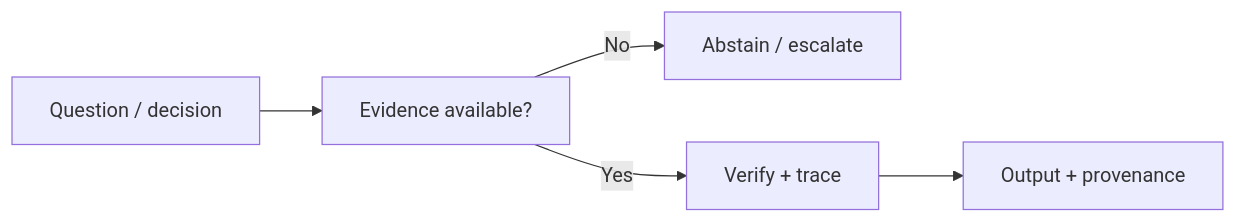
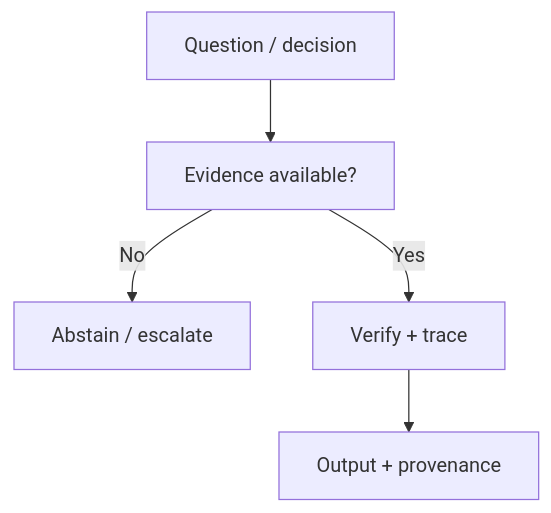
The first of 2 diagrams in docs/philosophy/three-laws.md (5Reasons/5reasons.github.io), drawn with Mermaid before and after one commit. The commit also changed 8 other files, not shown here.

````diff
--- a/docs/philosophy/three-laws.md
+++ b/docs/philosophy/three-laws.md
@@ -80,7 +80,7 @@
 ```mermaid
-flowchart LR;
+flowchart TB;
 	Q["Question / decision"] --> E["Evidence available?"];
 	E -->|"No"| A["Abstain / escalate"];
 	E -->|"Yes"| V["Verify + trace"];
 	V --> O["Output + provenance"];
 ```
````
